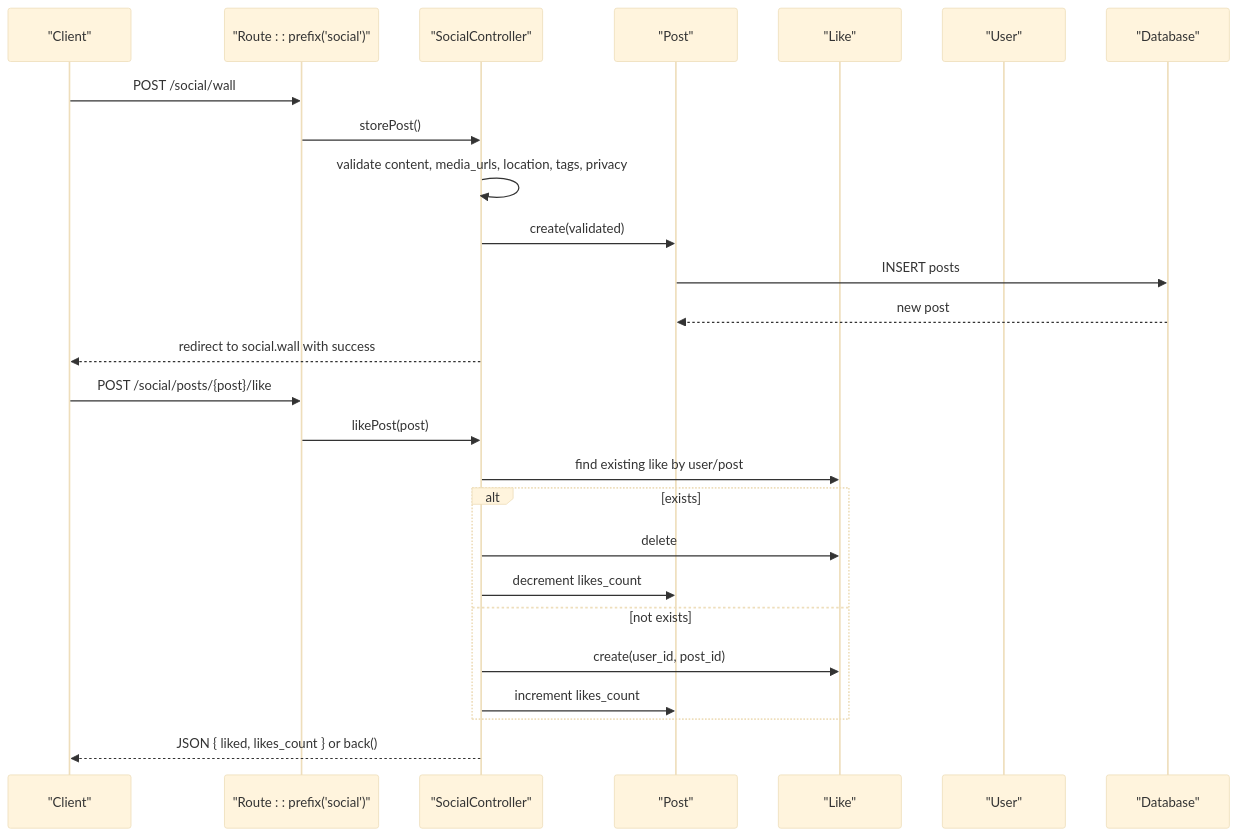
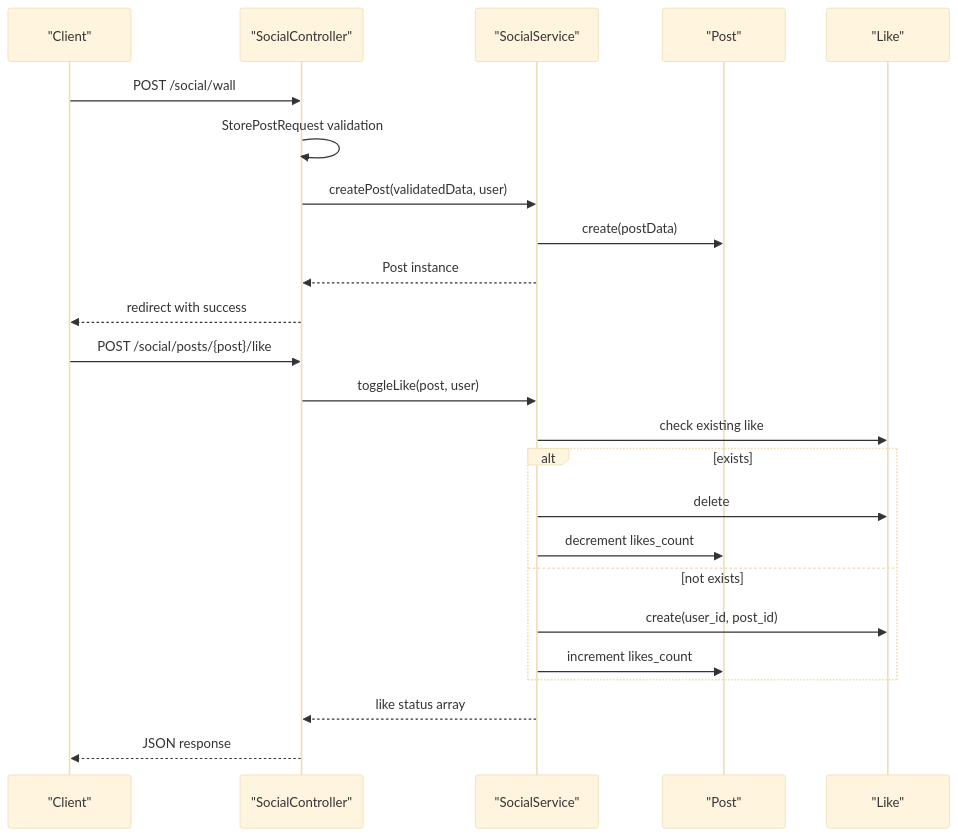
The third of 16 diagrams in .qoder/repowiki/en/content/Social Features.md (VenokM05/Travel_Project), drawn with Mermaid (base theme) before and after one commit. The commit also changed other lines of this file and 12 other files, not shown here.

````diff
--- a/.qoder/repowiki/en/content/Social Features.md
+++ b/.qoder/repowiki/en/content/Social Features.md
@@ -176,28 +204,26 @@
 ```mermaid
 sequenceDiagram
 participant Client as "Client"
-participant Router as "Route : : prefix('social')"
 participant Controller as "SocialController"
+participant Service as "SocialService"
 participant PostModel as "Post"
 participant LikeModel as "Like"
-participant UserModel as "User"
-participant DB as "Database"
-Client->>Router : POST /social/wall
-Router->>Controller : storePost()
-Controller->>Controller : validate content, media_urls, location, tags, privacy
-Controller->>PostModel : create(validated)
-PostModel->>DB : INSERT posts
-DB-->>PostModel : new post
-Controller-->>Client : redirect to social.wall with success
-Client->>Router : POST /social/posts/{post}/like
-Router->>Controller : likePost(post)
-Controller->>LikeModel : find existing like by user/post
+Client->>Controller : POST /social/wall
+Controller->>Controller : StorePostRequest validation
+Controller->>Service : createPost(validatedData, user)
+Service->>PostModel : create(postData)
+Service-->>Controller : Post instance
+Controller-->>Client : redirect with success
+Client->>Controller : POST /social/posts/{post}/like
+Controller->>Service : toggleLike(post, user)
+Service->>LikeModel : check existing like
 alt exists
-Controller->>LikeModel : delete
-Controller->>PostModel : decrement likes_count
+Service->>LikeModel : delete
+Service->>PostModel : decrement likes_count
 else not exists
-Controller->>LikeModel : create(user_id, post_id)
-Controller->>PostModel : increment likes_count
+Service->>LikeModel : create(user_id, post_id)
+Service->>PostModel : increment likes_count
 end
-Controller-->>Client : JSON { liked, likes_count } or back()
+Service-->>Controller : like status array
+Controller-->>Client : JSON response
 ```
````
